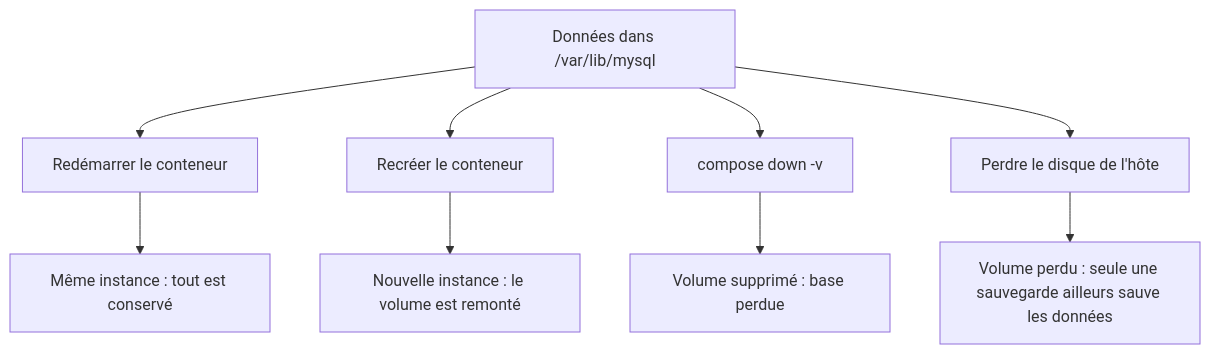
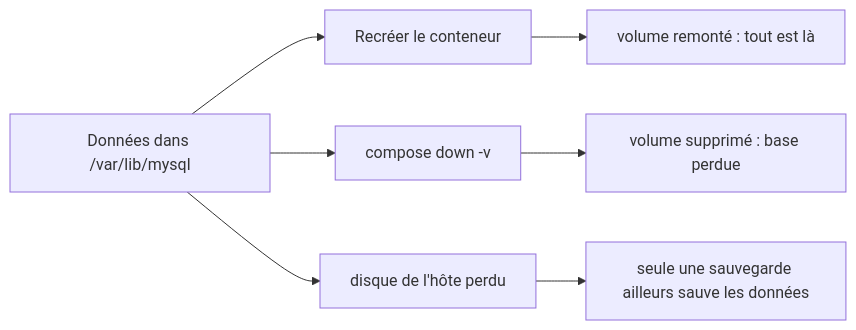
Before and after one commit to astronas/Ynov---Containerization-Orchestration: the first of 2 diagrams in docs/Stockage-et-volumes.md, drawn with Mermaid. The commit also changed other lines of this file and 160 other files, not shown here.

First line of the commit message:
Refonte visuelle : charte des rendus de TP, illustrations et captures réelles

````diff
--- a/docs/Stockage-et-volumes.md
+++ b/docs/Stockage-et-volumes.md
@@ -239,11 +139,6 @@
 ```mermaid
-flowchart TB
-    S["Données dans /var/lib/mysql"] --> R1["Redémarrer le conteneur"]
-    S --> R2["Recréer le conteneur"]
-    S --> R3["compose down -v"]
-    S --> R4["Perdre le disque de l'hôte"]
-    R1 --> O1["Même instance : tout est conservé"]
-    R2 --> O2["Nouvelle instance : le volume est remonté"]
-    R3 --> O3["Volume supprimé : base perdue"]
-    R4 --> O4["Volume perdu : seule une sauvegarde ailleurs sauve les données"]
+flowchart LR
+    S["Données dans /var/lib/mysql"] --> R1["Recréer le conteneur"] --> O1["volume remonté : tout est là"]
+    S --> R3["compose down -v"] --> O3["volume supprimé : base perdue"]
+    S --> R4["disque de l'hôte perdu"] --> O4["seule une sauvegarde ailleurs sauve les données"]
 ```
````
